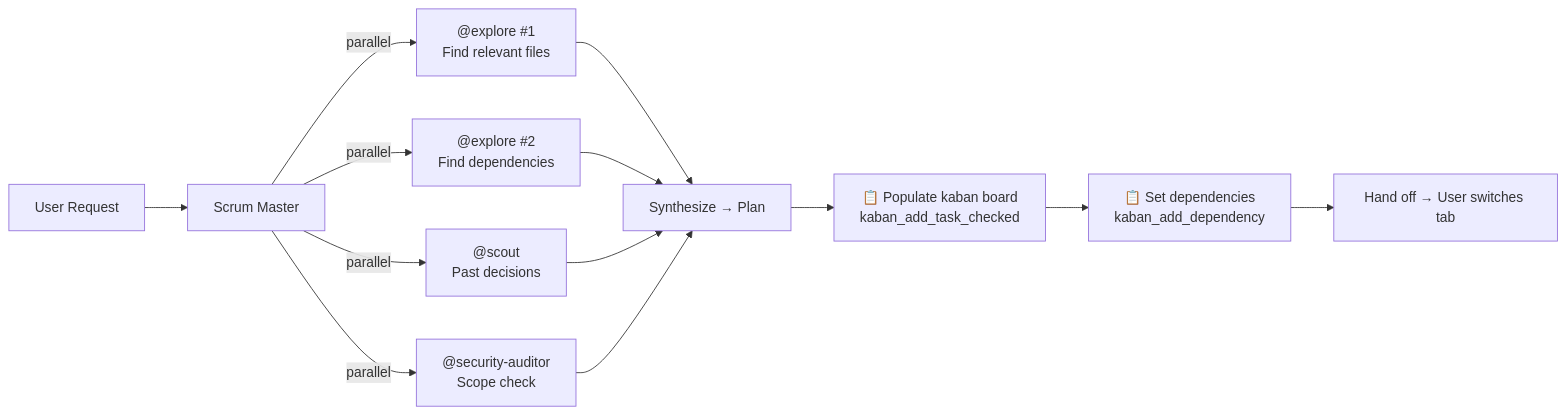
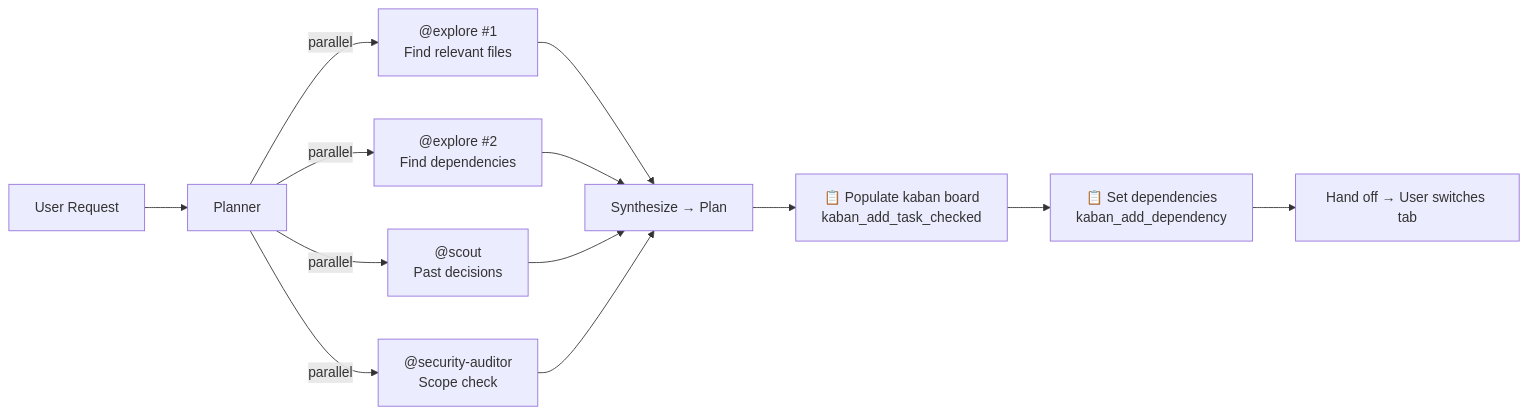
One commit to jtmb/ingenium changed the third of 4 diagrams in docs/agents.md. Above: the diagram before and after it, drawn with Mermaid. The commit also changed other lines of this file and 6 other files, not shown here.

First line of the commit message:
refactor(agent): rename ingenium-scrum to ingenium-planner

````diff
--- a/docs/agents.md
+++ b/docs/agents.md
@@ -366,15 +366,15 @@
 ```mermaid
 flowchart LR
-    REQ["User Request"] --> P["Scrum Master"]
+    REQ["User Request"] -->     P["Planner"]
     P -->|parallel| E1["@explore #1<br/>Find relevant files"]
     P -->|parallel| E2["@explore #2<br/>Find dependencies"]
     P -->|parallel| SC["@scout<br/>Past decisions"]
     P -->|parallel| SA["@security-auditor<br/>Scope check"]
     E1 --> SYNTH["Synthesize → Plan"]
     E2 --> SYNTH
     SC --> SYNTH
     SA --> SYNTH
     SYNTH --> KABAN["📋 Populate kaban board<br/>kaban_add_task_checked"]
     KABAN --> DEP["📋 Set dependencies<br/>kaban_add_dependency"]
     DEP --> HANDOFF["Hand off → User switches tab"]
 ```
````
